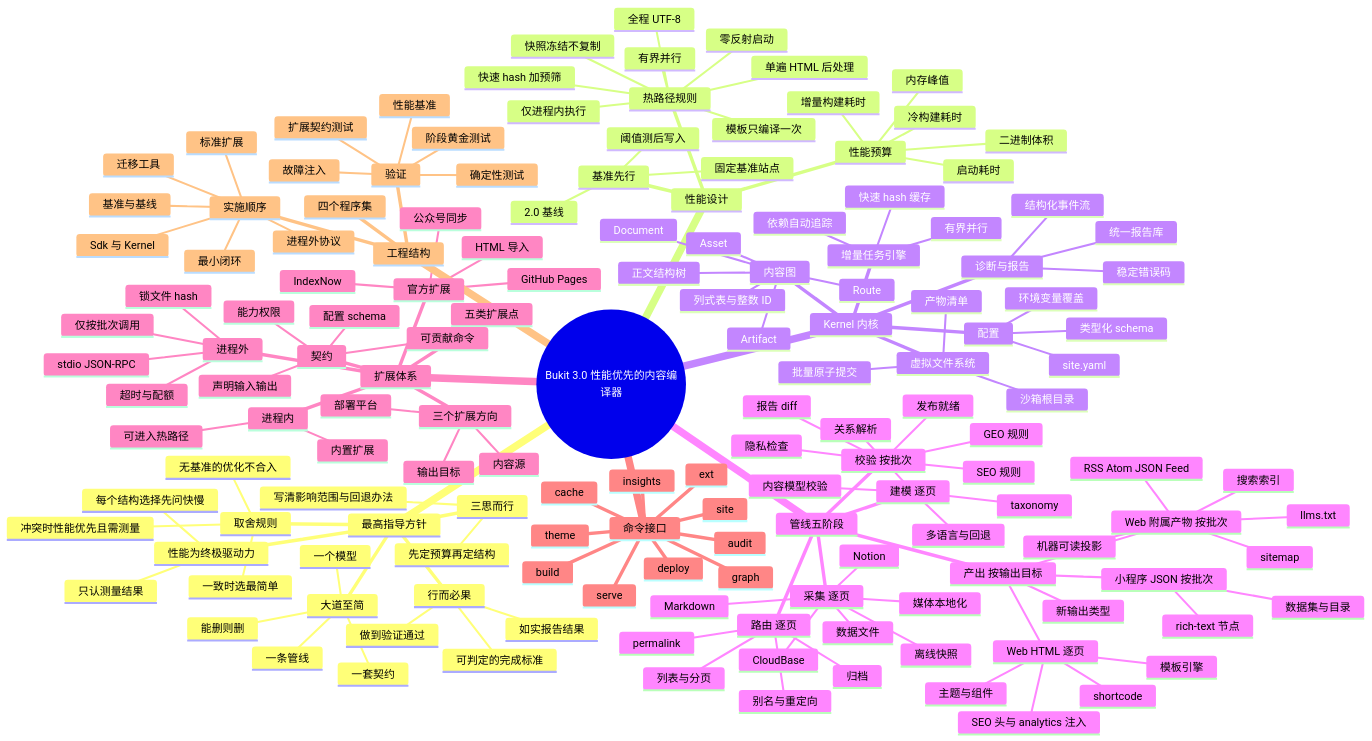
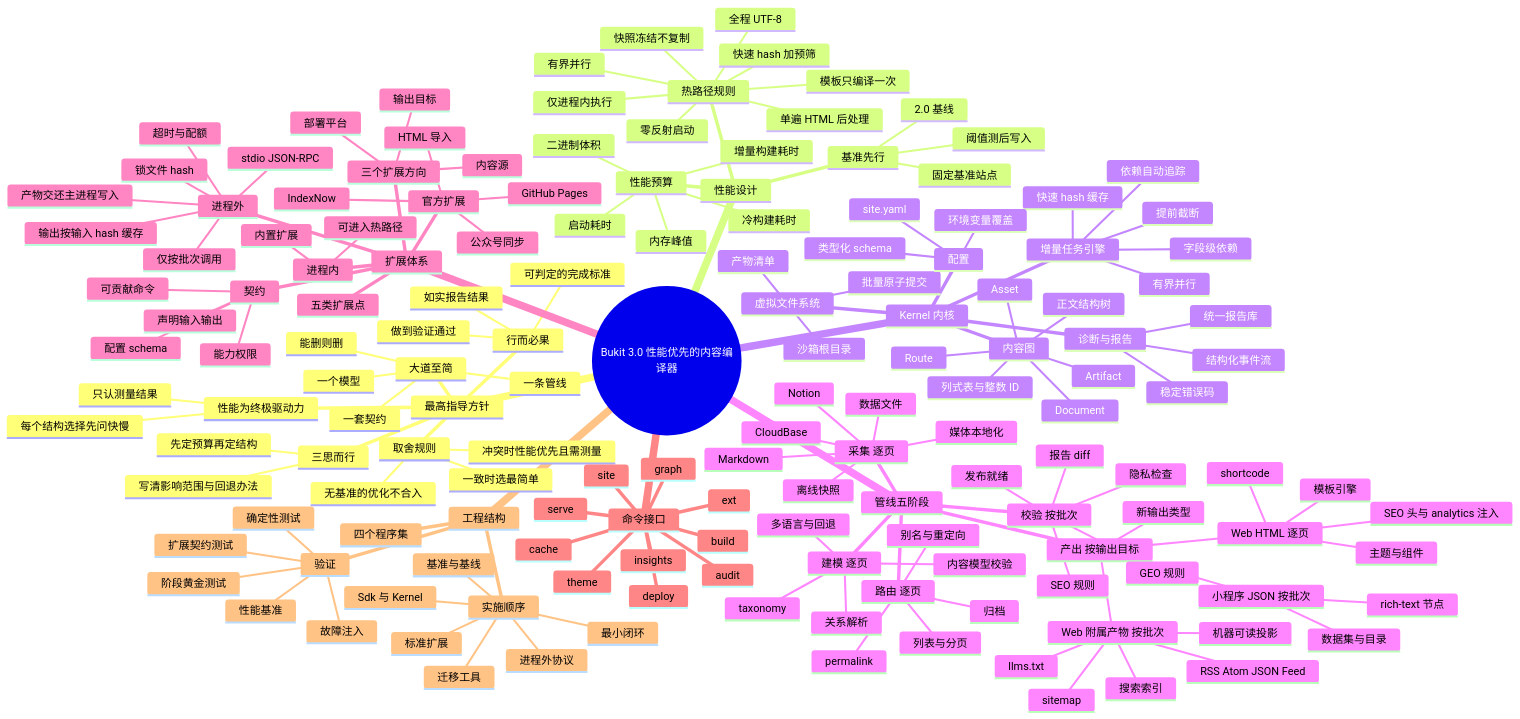
Before and after one commit to ALi365-SDN-BHD/Bukit: the second of 3 diagrams in docs/plans/2026-11-24-bukit-3.0-architecture-design.zh-CN.md, drawn with Mermaid. The commit also changed other lines of this file, not shown here.

```diff
--- a/docs/plans/2026-11-24-bukit-3.0-architecture-design.zh-CN.md
+++ b/docs/plans/2026-11-24-bukit-3.0-architecture-design.zh-CN.md
@@ -164,6 +164,8 @@
         正文结构树
       增量任务引擎
         依赖自动追踪
+        字段级依赖
+        提前截断
         快速 hash 缓存
         有界并行
       虚拟文件系统
@@ -235,6 +237,8 @@
       进程外
         stdio JSON-RPC
         仅按批次调用
+        产物交还主进程写入
+        输出按输入 hash 缓存
         锁文件 hash
         超时与配额
       官方扩展
```
